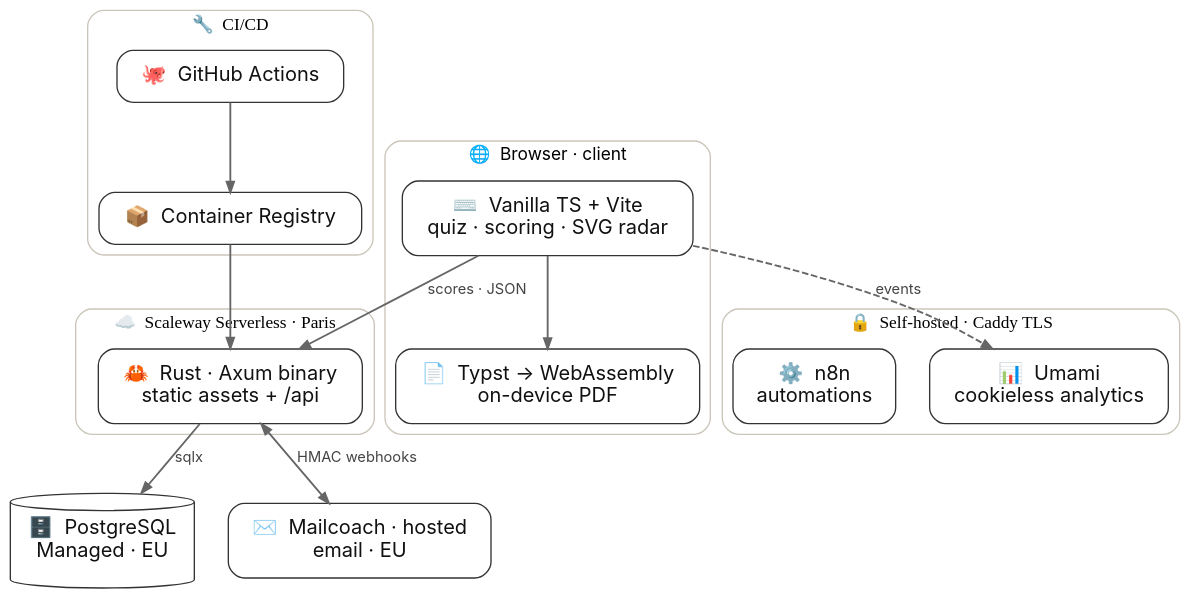
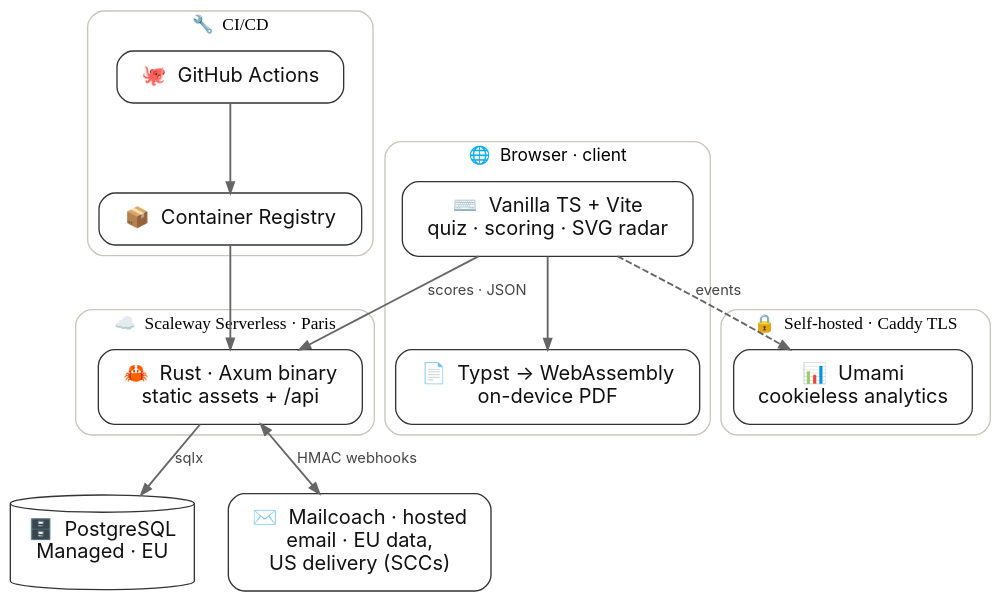
One commit to carecodeconnect/www.carecodeconnect.io changed the second of 3 diagrams in projects/life-repair-kit/index.qmd. Above: the diagram before and after it, drawn with Graphviz. The commit also changed other lines of this file, not shown here.

````diff
--- a/projects/life-repair-kit/index.qmd
+++ b/projects/life-repair-kit/index.qmd
@@ -286,37 +286,36 @@
 ```{dot}
 digraph {
   bgcolor="transparent"; rankdir=TB; nodesep=0.35; ranksep=0.55; compound=true;
   node [shape=box, style="rounded,filled", fillcolor="white", color="#333333", fontcolor="#111111", fontname="Inter,Helvetica,Arial,sans-serif", fontsize=15, margin="0.24,0.15"];
   edge [color="#666666", fontcolor="#444444", fontname="Inter,Helvetica,Arial,sans-serif", fontsize=11, penwidth=1.4, arrowsize=0.8];
 
   subgraph cluster_browser {
     label="🌐  Browser · client"; fontname="Inter,Arial,sans-serif"; fontsize=13; fontcolor="#555"; color="#cbc6ba"; style="rounded";
     UI   [label="⌨️  Vanilla TS + Vite\nquiz · scoring · SVG radar"];
     WASM [label="📄  Typst → WebAssembly\non-device PDF"];
   }
   subgraph cluster_edge {
     label="☁️  Scaleway Serverless · Paris"; fontsize=13; fontcolor="#555"; color="#cbc6ba"; style="rounded";
     API [label="🦀  Rust · Axum binary\nstatic assets + /api"];
   }
   DB [label="🗄️  PostgreSQL\nManaged · EU", shape=cylinder, margin="0.18,0.12"];
   subgraph cluster_services {
     label="🔒  Self-hosted · Caddy TLS"; fontsize=13; fontcolor="#555"; color="#cbc6ba"; style="rounded";
     UM [label="📊  Umami\ncookieless analytics"];
-    N8 [label="⚙️  n8n\nautomations"];
   }
-  MC [label="✉️  Mailcoach · hosted\nemail · EU"];
+  MC [label="✉️  Mailcoach · hosted\nemail · EU data,\nUS delivery (SCCs)"];
   subgraph cluster_ci {
     label="🔧  CI/CD"; fontsize=13; fontcolor="#555"; color="#cbc6ba"; style="rounded";
     GH  [label="🐙  GitHub Actions"];
     REG [label="📦  Container Registry"];
   }
 
   UI  -> API [label="scores · JSON"];
   UI  -> WASM;
   API -> DB  [label="sqlx"];
   API -> MC  [label="HMAC webhooks", dir=both];
   UI  -> UM  [label="events", style=dashed];
   GH  -> REG;
   REG -> API;
 }
 ```
````
